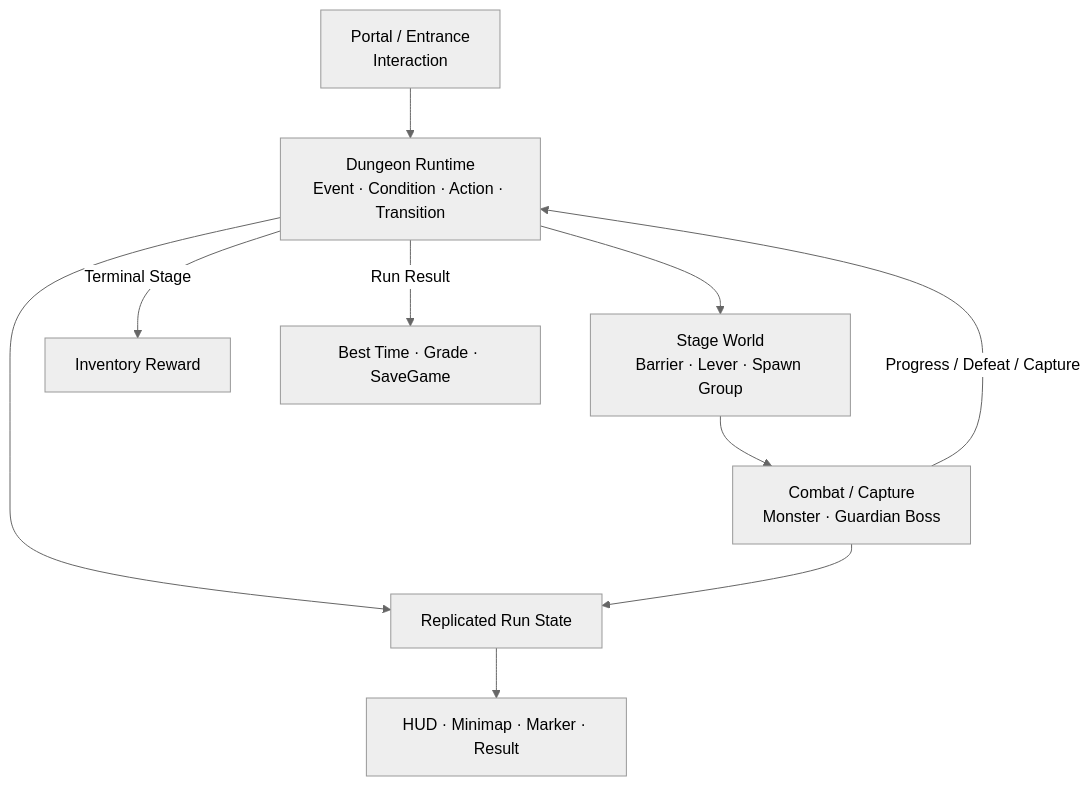
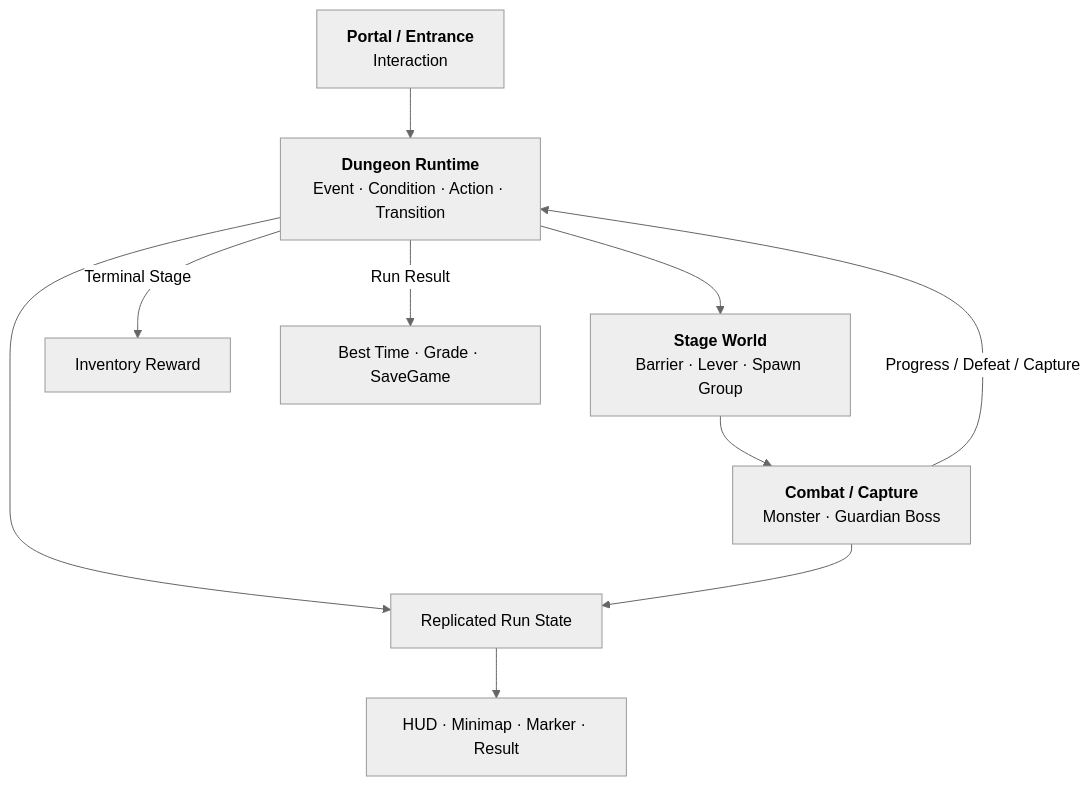
One commit to chungheonLee0325/Sonheim changed the second of 2 diagrams in Doc/Wiki/01_Project_Overview.md. Above: the diagram before and after it, drawn with Mermaid (neutral theme).

Commit message:
docs: standardize diagram labels and ui document title

````diff
--- a/Doc/Wiki/01_Project_Overview.md
+++ b/Doc/Wiki/01_Project_Overview.md
@@ -102,25 +102,25 @@
 ```mermaid
 flowchart TD
-    ENTRY["Portal / Entrance<br/>Interaction"]
-    RUNTIME["Dungeon Runtime<br/>Event · Condition · Action · Transition"]
-    WORLD["Stage World<br/>Barrier · Lever · Spawn Group"]
-    BATTLE["Combat / Capture<br/>Monster · Guardian Boss"]
+    ENTRY["<b>Portal / Entrance</b><br/>Interaction"]
+    RUNTIME["<b>Dungeon Runtime</b><br/>Event · Condition · Action · Transition"]
+    WORLD["<b>Stage World</b><br/>Barrier · Lever · Spawn Group"]
+    BATTLE["<b>Combat / Capture</b><br/>Monster · Guardian Boss"]
 
     STATE["Replicated Run State"]
     UI["HUD · Minimap · Marker · Result"]
 
     REWARD["Inventory Reward"]
     RECORD["Best Time · Grade · SaveGame"]
 
     ENTRY --> RUNTIME
     RUNTIME --> WORLD
     WORLD --> BATTLE
     BATTLE -->|"Progress / Defeat / Capture"| RUNTIME
 
     RUNTIME --> STATE
     BATTLE --> STATE
     STATE --> UI
 
     RUNTIME -->|"Terminal Stage"| REWARD
     RUNTIME -->|"Run Result"| RECORD
 ```
````
